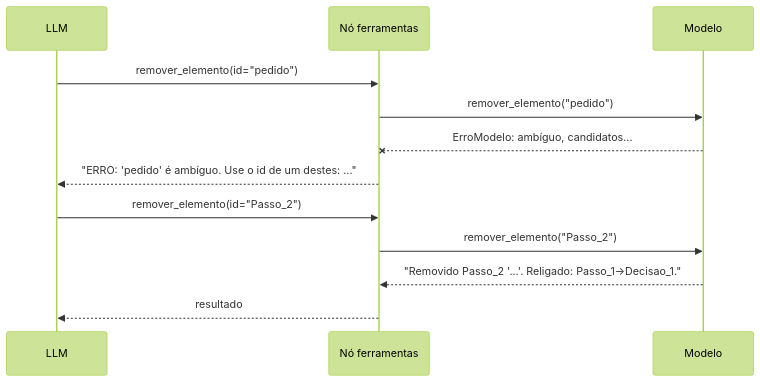
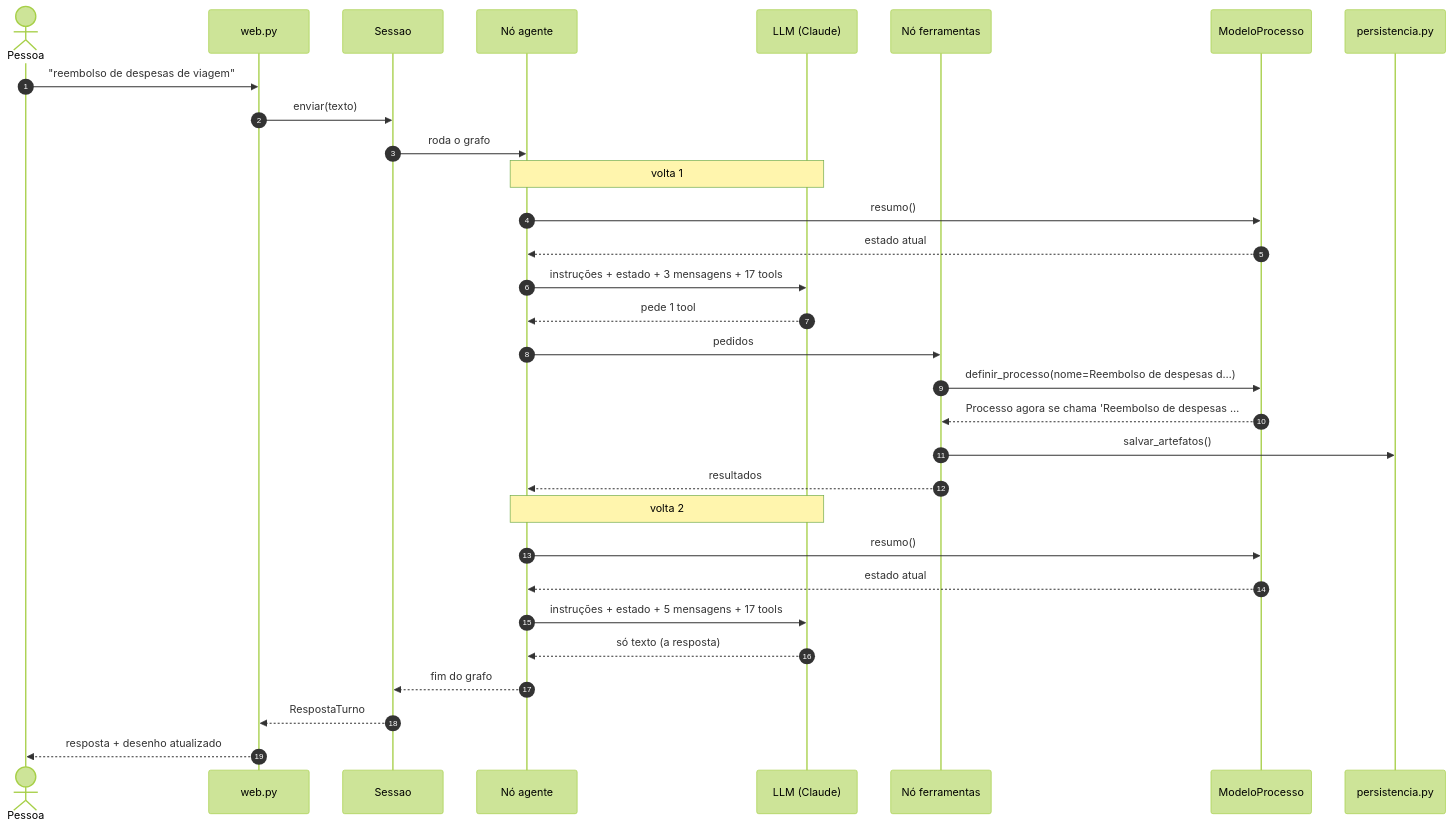
One commit to arthurparahyba/bpmn-agent changed the third of 7 diagrams in PASSO_A_PASSO.md. Above: the diagram before and after it, drawn with Mermaid (forest theme). The commit also changed other lines of this file and 4 other files, not shown here.

First line of the commit message:
Reescreve o PASSO_A_PASSO como exemplo visual de 5 mensagens

````diff
--- a/PASSO_A_PASSO.md
+++ b/PASSO_A_PASSO.md
@@ -472,14 +117,33 @@
 ```mermaid
 sequenceDiagram
-    participant L as LLM
+    autonumber
+    actor P as Pessoa
+    participant W as web.py
+    participant S as Sessao
+    participant A as Nó agente
+    participant L as LLM (Claude)
     participant F as Nó ferramentas
-    participant M as Modelo
-    L->>F: remover_elemento(id="pedido")
-    F->>M: remover_elemento("pedido")
-    M--xF: ErroModelo: ambíguo, candidatos...
-    F-->>L: "ERRO: 'pedido' é ambíguo. Use o id de um destes: ..."
-    L->>F: remover_elemento(id="Passo_2")
-    F->>M: remover_elemento("Passo_2")
-    M-->>F: "Removido Passo_2 '...'. Religado: Passo_1->Decisao_1."
-    F-->>L: resultado
+    participant M as ModeloProcesso
+    participant D as persistencia.py
+    P->>W: "reembolso de despesas de viagem"
+    W->>S: enviar(texto)
+    S->>A: roda o grafo
+    Note over A,L: volta 1
+    A->>M: resumo()
+    M-->>A: estado atual
+    A->>L: instruções + estado + 3 mensagens + 17 tools
+    L-->>A: pede 1 tool
+    A->>F: pedidos
+    F->>M: definir_processo(nome=Reembolso de despesas d…)
+    M-->>F: Processo agora se chama 'Reembolso de despesas …
+    F->>D: salvar_artefatos()
+    F-->>A: resultados
+    Note over A,L: volta 2
+    A->>M: resumo()
+    M-->>A: estado atual
+    A->>L: instruções + estado + 5 mensagens + 17 tools
+    L-->>A: só texto (a resposta)
+    A-->>S: fim do grafo
+    S-->>W: RespostaTurno
+    W-->>P: resposta + desenho atualizado
 ```
````
